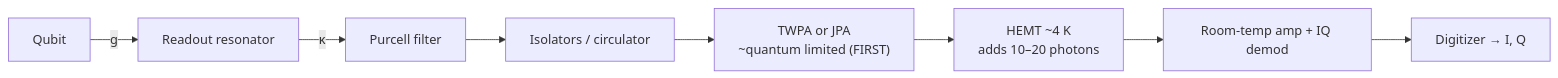
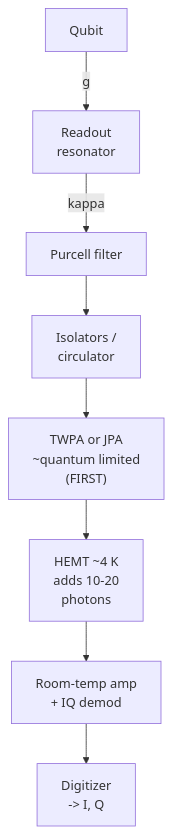
One commit to Iamsohungrynow/superconducting-qubits-journey changed the second of 2 diagrams in tutorial/06-readout.md. Above: the diagram before and after it, drawn with Mermaid. The commit also changed other lines of this file and 11 other files, not shown here.

Commit message:
Rewrite Mermaid diagrams for clear GitHub rendering (TD layout, short labels)

````diff
--- a/tutorial/06-readout.md
+++ b/tutorial/06-readout.md
@@ -166,10 +166,10 @@
 ```mermaid
-flowchart LR
-    Q[Qubit] -- g --> R[Readout resonator]
-    R -- κ --> PF[Purcell filter]
-    PF --> ISO[Isolators / circulator]
-    ISO --> PA["TWPA or JPA<br/>~quantum limited (FIRST)"]
-    PA --> HEMT["HEMT ~4 K<br/>adds 10–20 photons"]
-    HEMT --> RT[Room-temp amp + IQ demod]
-    RT --> ADC[Digitizer → I, Q]
+flowchart TD
+    Q["Qubit"] -->|"g"| R["Readout<br/>resonator"]
+    R -->|"kappa"| PF["Purcell filter"]
+    PF --> ISO["Isolators /<br/>circulator"]
+    ISO --> PA["TWPA or JPA<br/>~quantum limited<br/>(FIRST)"]
+    PA --> HEMT["HEMT ~4 K<br/>adds 10-20<br/>photons"]
+    HEMT --> RT["Room-temp amp<br/>+ IQ demod"]
+    RT --> ADC["Digitizer<br/>-> I, Q"]
 ```
````
